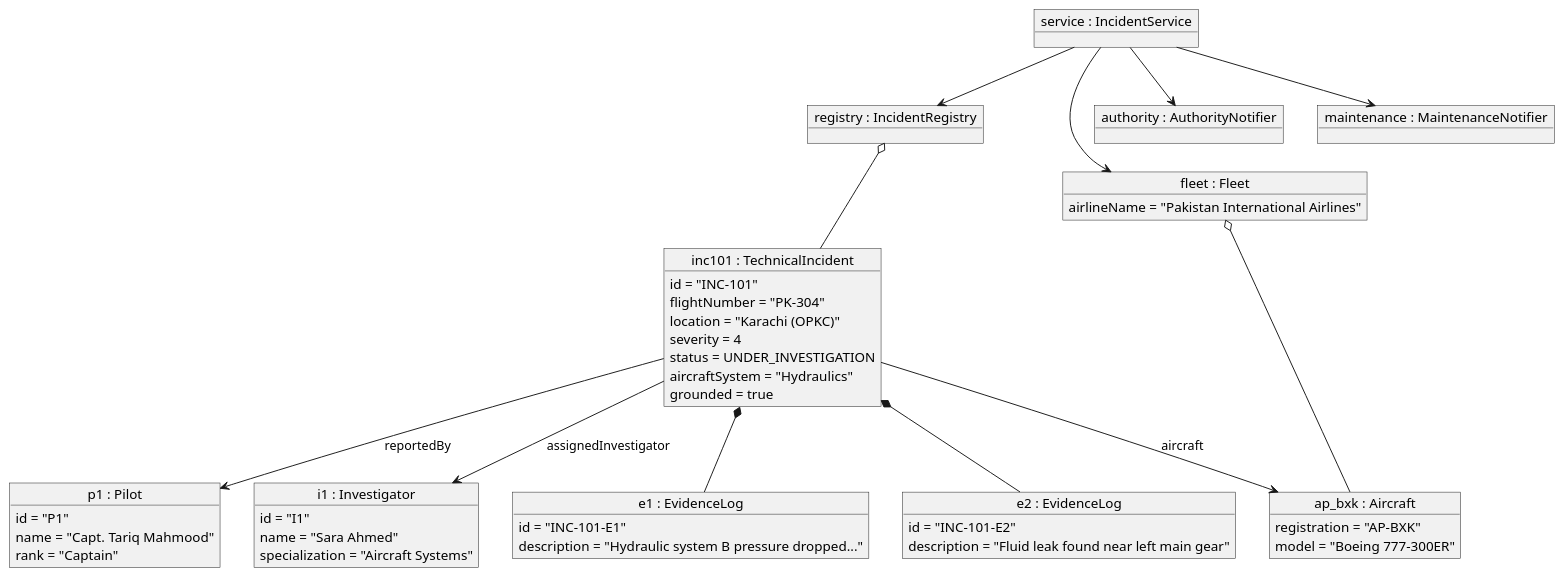
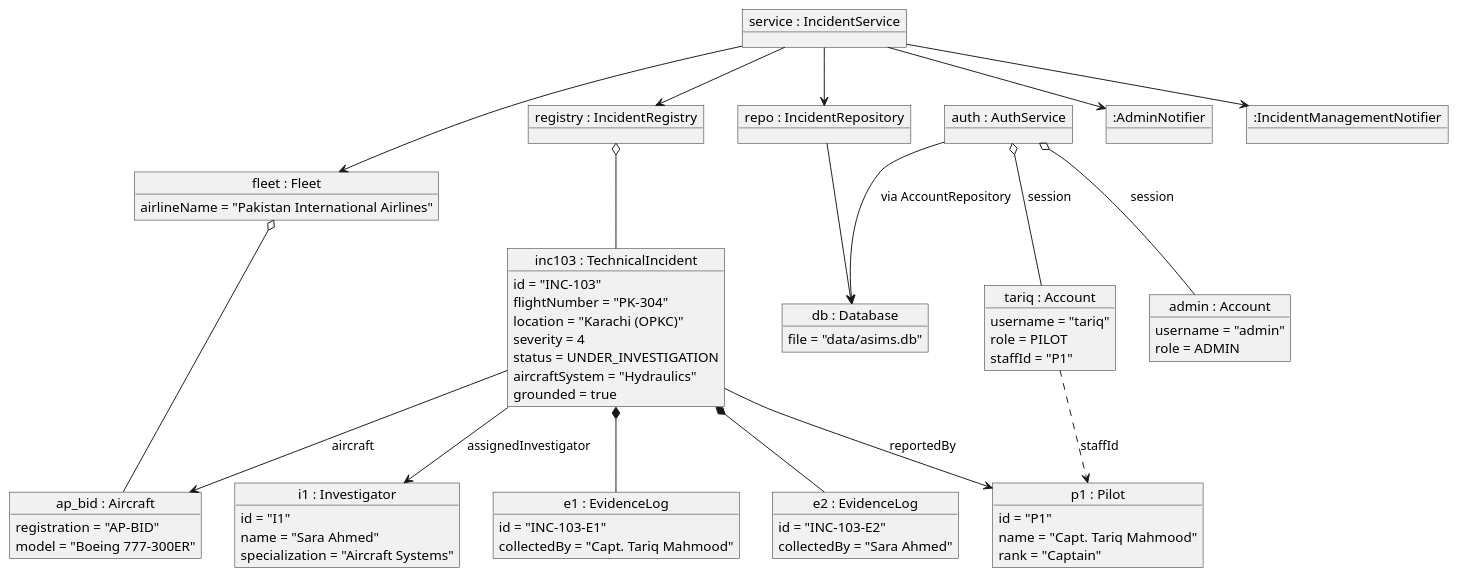
The sixth of 10 diagrams in docs/UML_DIAGRAMS.md (hassanshakil22/OOAD-ASIMS), drawn with PlantUML before and after one commit. The commit also changed other lines of this file and 25 other files, not shown here.

Commit message:
Update report, UML diagrams, test results and README for the new system

````diff
--- a/docs/UML_DIAGRAMS.md
+++ b/docs/UML_DIAGRAMS.md
@@ -543,54 +483,74 @@
 ```plantuml
 @startuml
+object "service : IncidentService" as service
 object "registry : IncidentRegistry" as registry
-object "service : IncidentService" as service
+object "repo : IncidentRepository" as repo
+object "db : Database" as db {
+  file = "data/asims.db"
+}
+object "auth : AuthService" as auth
 object "fleet : Fleet" as fleet {
   airlineName = "Pakistan International Airlines"
 }
-object "ap_bxk : Aircraft" as ap_bxk {
-  registration = "AP-BXK"
+object "ap_bid : Aircraft" as ap_bid {
+  registration = "AP-BID"
   model = "Boeing 777-300ER"
 }
 object "p1 : Pilot" as p1 {
   id = "P1"
   name = "Capt. Tariq Mahmood"
   rank = "Captain"
 }
 object "i1 : Investigator" as i1 {
   id = "I1"
   name = "Sara Ahmed"
   specialization = "Aircraft Systems"
 }
-object "inc101 : TechnicalIncident" as inc101 {
-  id = "INC-101"
+object "inc103 : TechnicalIncident" as inc103 {
+  id = "INC-103"
   flightNumber = "PK-304"
   location = "Karachi (OPKC)"
   severity = 4
   status = UNDER_INVESTIGATION
   aircraftSystem = "Hydraulics"
   grounded = true
 }
 object "e1 : EvidenceLog" as e1 {
-  id = "INC-101-E1"
-  description = "Hydraulic system B pressure dropped..."
+  id = "INC-103-E1"
+  collectedBy = "Capt. Tariq Mahmood"
 }
 object "e2 : EvidenceLog" as e2 {
-  id = "INC-101-E2"
-  description = "Fluid leak found near left main gear"
+  id = "INC-103-E2"
+  collectedBy = "Sara Ahmed"
 }
-object "authority : AuthorityNotifier" as authority
-object "maintenance : MaintenanceNotifier" as maintenance
+object "tariq : Account" as tariq {
+  username = "tariq"
+  role = PILOT
+  staffId = "P1"
+}
+object "admin : Account" as admin {
+  username = "admin"
+  role = ADMIN
+}
+object ":AdminNotifier" as an
+object ":IncidentManagementNotifier" as mn
 
 service --> registry
+service --> repo
 service --> fleet
-service --> authority
-service --> maintenance
-fleet o-- ap_bxk
-registry o-- inc101
-inc101 *-- e1
-inc101 *-- e2
-inc101 --> ap_bxk : aircraft
-inc101 --> p1 : reportedBy
-inc101 --> i1 : assignedInvestigator
+service --> an
+service --> mn
+repo --> db
+auth --> db : via AccountRepository
+auth o-- tariq : session
+auth o-- admin : session
+fleet o-- ap_bid
+registry o-- inc103
+inc103 *-- e1
+inc103 *-- e2
+inc103 --> ap_bid : aircraft
+inc103 --> p1 : reportedBy
+inc103 --> i1 : assignedInvestigator
+tariq ..> p1 : staffId
 @enduml
 ```
````
